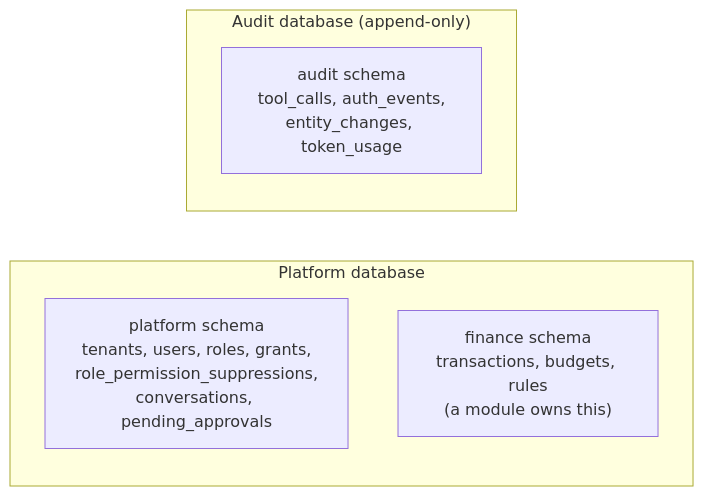
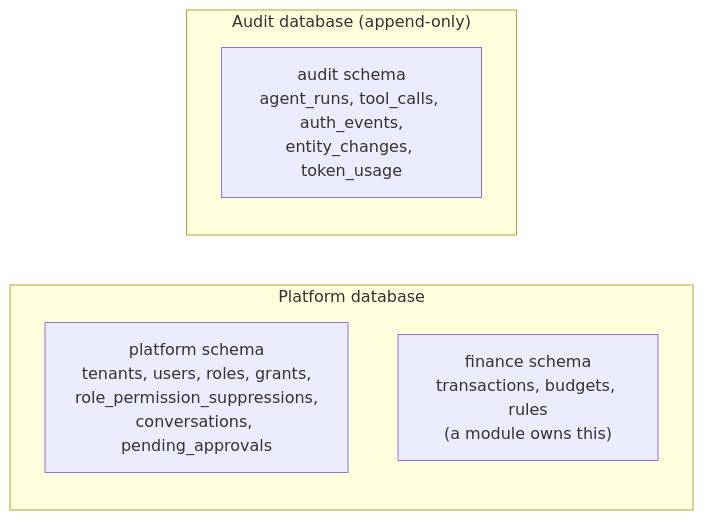
One commit to abrahamFerga/Plenipo changed the third of 3 diagrams in ARCHITECTURE.md. Above: the diagram before and after it, drawn with Mermaid. The commit also changed other lines of this file and 23 other files, not shown here.

First line of the commit message:
Record every agent turn in the audit store, not just the billed ones (#134)

````diff
--- a/ARCHITECTURE.md
+++ b/ARCHITECTURE.md
@@ -115,10 +115,10 @@
 ```mermaid
 flowchart LR
   subgraph platformdb["Platform database"]
     ps["platform schema<br/>tenants, users, roles, grants,<br/>role_permission_suppressions,<br/>conversations, pending_approvals"]
     fs["finance schema<br/>transactions, budgets, rules<br/>(a module owns this)"]
   end
   subgraph auditdb["Audit database (append-only)"]
-    aud["audit schema<br/>tool_calls, auth_events,<br/>entity_changes, token_usage"]
+    aud["audit schema<br/>agent_runs, tool_calls, auth_events,<br/>entity_changes, token_usage"]
   end
 ```
````
